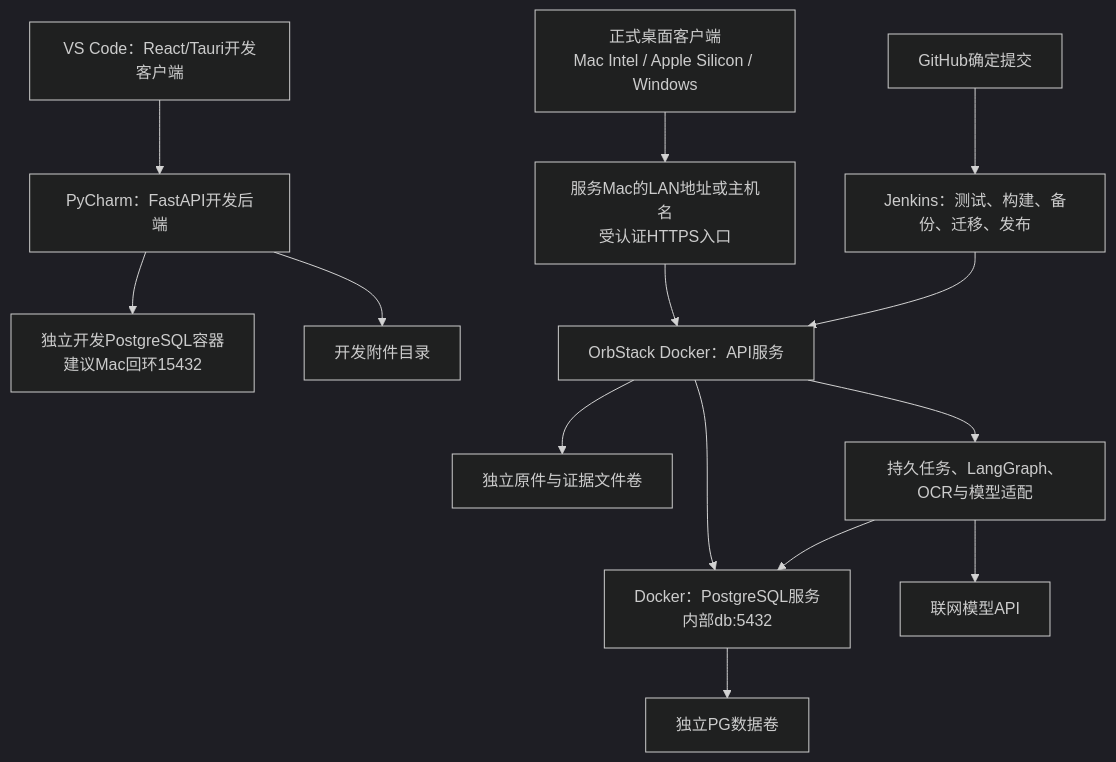
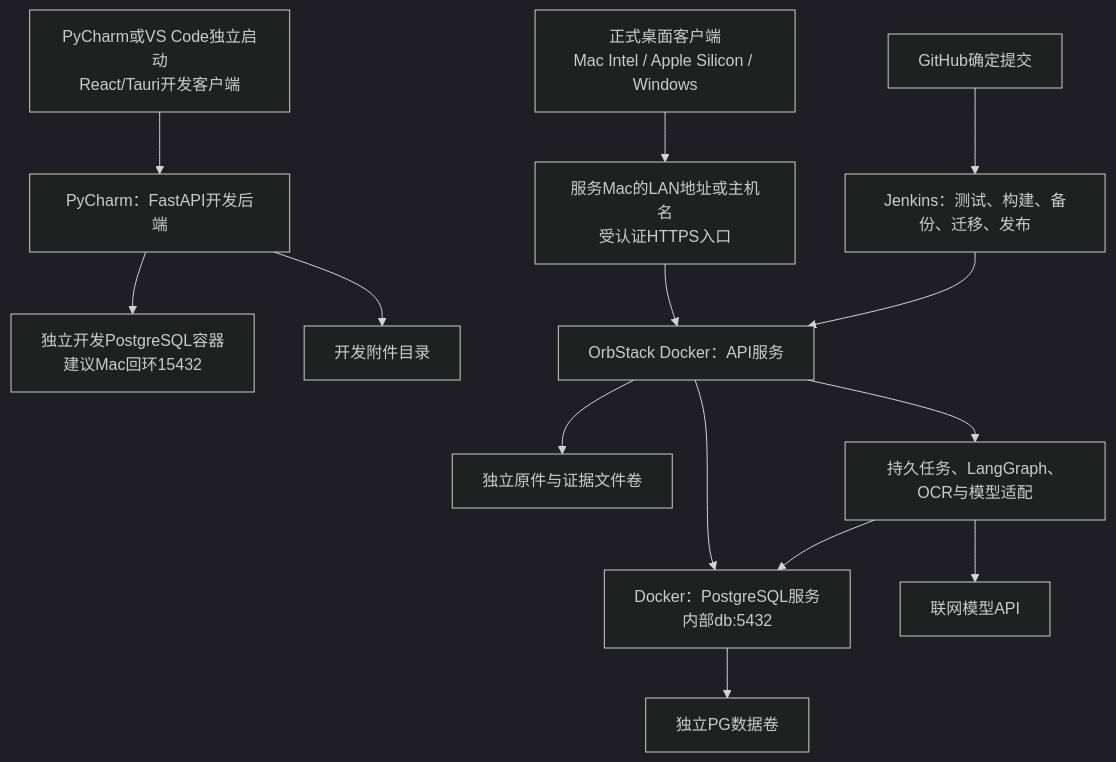
Before and after one commit to jaylansun/procure-reconcile: the diagram in docs/implementation-plan.md, drawn with Mermaid (dark theme). The commit also changed other lines of this file and 149 other files, not shown here.

````diff
--- a/docs/implementation-plan.md
+++ b/docs/implementation-plan.md
@@ -100,16 +100,16 @@
 ```mermaid
 flowchart TD
-    DevUI["VS Code：React/Tauri开发客户端"] --> DevAPI["PyCharm：FastAPI开发后端"]
+    DevUI["PyCharm或VS Code独立启动<br/>React/Tauri开发客户端"] --> DevAPI["PyCharm：FastAPI开发后端"]
     DevAPI --> DevPG["独立开发PostgreSQL容器<br/>建议Mac回环15432"]
     DevAPI --> DevFiles["开发附件目录"]
     App["正式桌面客户端<br/>Mac Intel / Apple Silicon / Windows"] --> LAN["服务Mac的LAN地址或主机名<br/>受认证HTTPS入口"]
     LAN --> API["OrbStack Docker：API服务"]
     API --> PG["Docker：PostgreSQL服务<br/>内部db:5432"]
     PG --> PGVolume["独立PG数据卷"]
     API --> Files["独立原件与证据文件卷"]
     API --> AI["持久任务、LangGraph、OCR与模型适配"]
     AI --> PG
     AI --> Model["联网模型API"]
     Git["GitHub确定提交"] --> CI["Jenkins：测试、构建、备份、迁移、发布"]
     CI --> API
 ```
````
